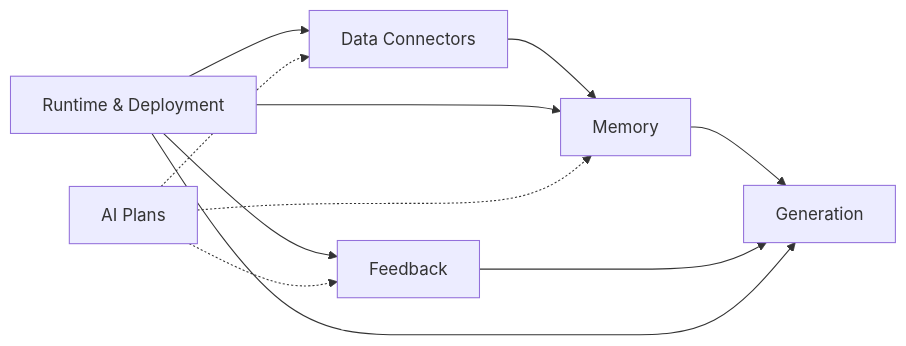
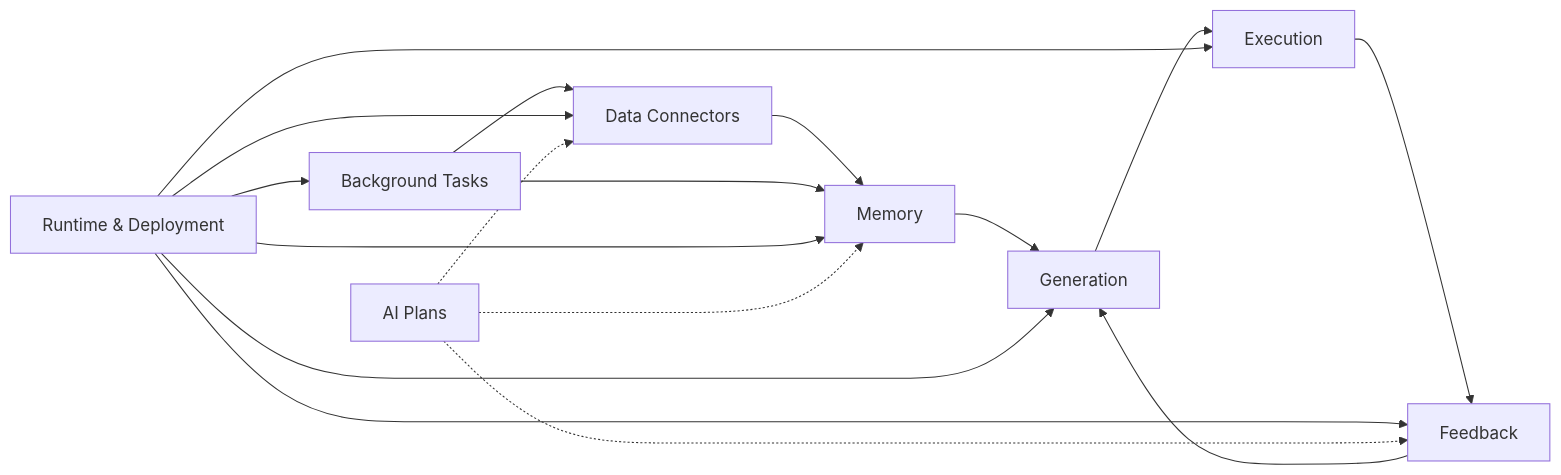
The diagram in docs/index.mdx (Edge-AI-HQ/proactive-assistant), drawn with Mermaid before and after one commit. The commit also changed other lines of this file and 8 other files, not shown here.

First line of the commit message:
docs: add execution + background-tasks modules + AI Plans sidebar group

````diff
--- a/docs/index.mdx
+++ b/docs/index.mdx
@@ -14,13 +14,19 @@
 ```mermaid
 flowchart LR
   Connectors["Data Connectors"] --> Memory["Memory"]
   Memory --> Generation["Generation"]
+  Generation --> Execution["Execution"]
   Feedback["Feedback"] --> Generation
+  Execution --> Feedback
+  BgTasks["Background Tasks"] --> Connectors
+  BgTasks --> Memory
   Runtime["Runtime & Deployment"] --> Connectors
   Runtime --> Memory
   Runtime --> Generation
   Runtime --> Feedback
+  Runtime --> Execution
+  Runtime --> BgTasks
   Plans["AI Plans"] -.-> Memory
   Plans -.-> Connectors
   Plans -.-> Feedback
 ```
````
